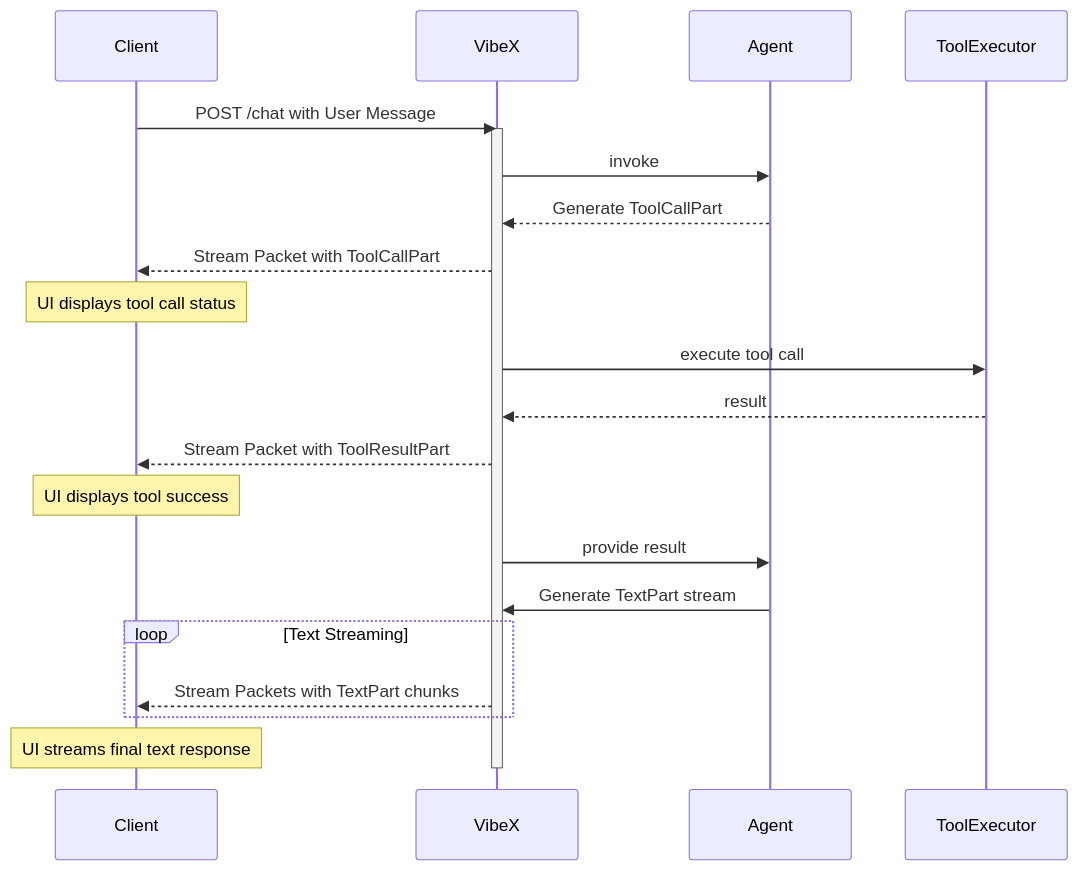
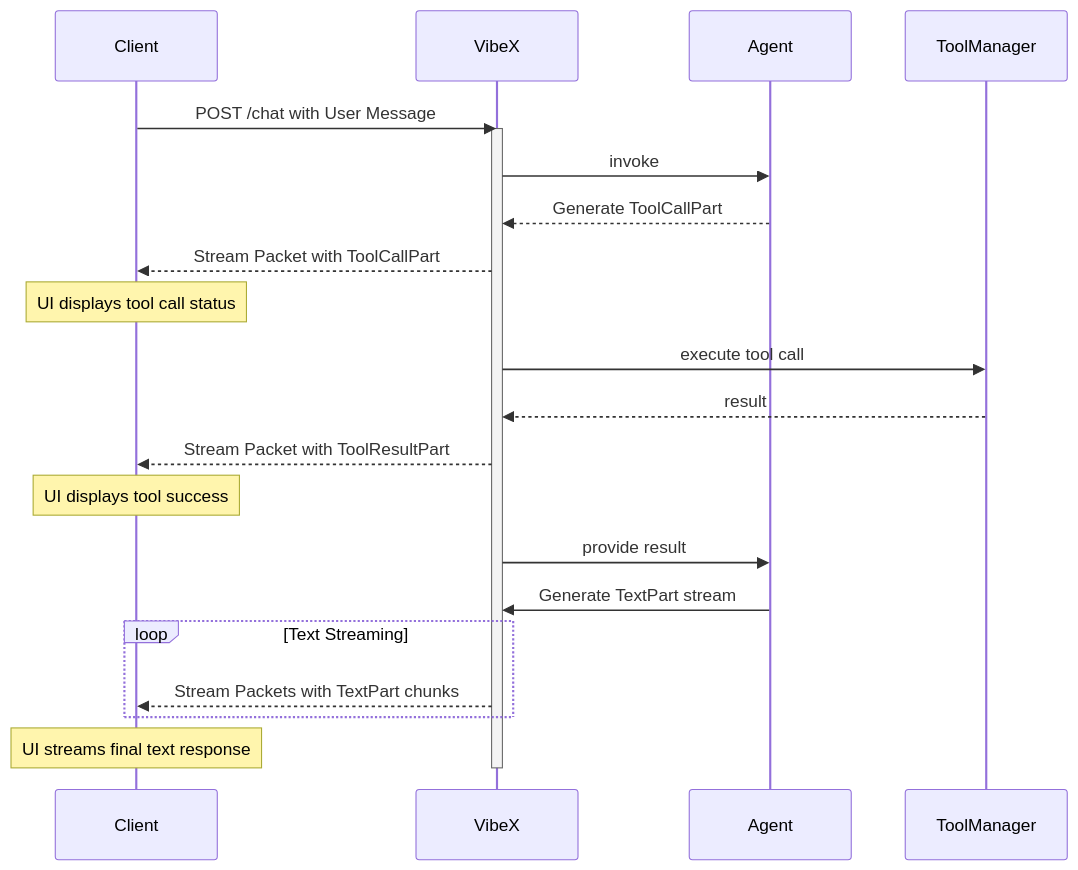
The diagram in docs/content/docs/design/communication.mdx (dustland/agentx), drawn with Mermaid before and after one commit. The commit also changed other lines of this file and 239 other files, not shown here.

````diff
--- a/docs/content/docs/design/communication.mdx
+++ b/docs/content/docs/design/communication.mdx
@@ -238,32 +238,32 @@
 ```mermaid
 sequenceDiagram
     participant Client
     participant VibeX
     participant Agent
-    participant ToolExecutor
+    participant ToolManager
 
     Client->>VibeX: POST /chat with User Message
 
     activate VibeX
     VibeX->>Agent: invoke
 
     Agent-->>VibeX: Generate ToolCallPart
     VibeX-->>Client: Stream Packet with ToolCallPart
     Note over Client: UI displays tool call status
 
-    VibeX->>ToolExecutor: execute tool call
-    ToolExecutor-->>VibeX: result
+    VibeX->>ToolManager: execute tool call
+    ToolManager-->>VibeX: result
 
     VibeX-->>Client: Stream Packet with ToolResultPart
     Note over Client: UI displays tool success
 
     VibeX->>Agent: provide result
     Agent->>VibeX: Generate TextPart stream
 
     loop Text Streaming
         VibeX-->>Client: Stream Packets with TextPart chunks
     end
     Note over Client: UI streams final text response
 
     deactivate VibeX
 ```
````
